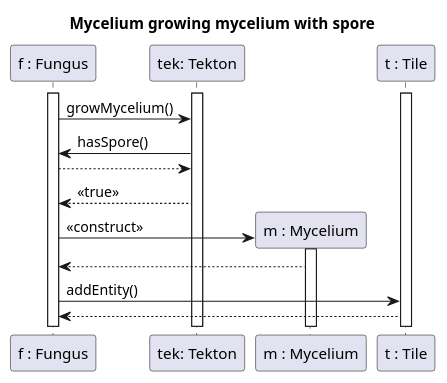
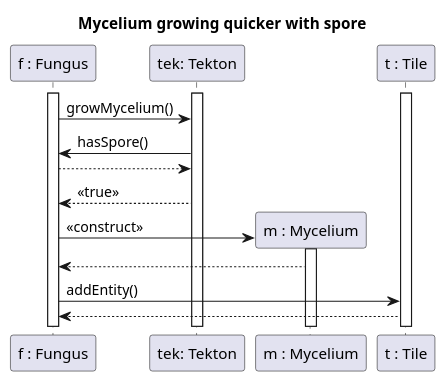
The diagram in diagrams/diagramFiles/SQ_MyceliumGrowthWithSpore.puml (Klastiv/Projlab_nullpointerexception), drawn with PlantUML before and after one commit.

Commit message:
Fixed title

```diff
--- a/diagrams/diagramFiles/SQ_MyceliumGrowthWithSpore.puml
+++ b/diagrams/diagramFiles/SQ_MyceliumGrowthWithSpore.puml
@@ -1,27 +1,27 @@
 @startuml Fungus growth with spore
 
-title Mycelium growing mycelium with spore
+title Mycelium growing quicker with spore
 
 participant "f : Fungus" as F
 participant "tek: Tekton" as Tek
 participant "m : Mycelium" as M
 participant "t : Tile" as T
 
 activate F
 activate T
 activate Tek
 
 
 F->Tek : growMycelium()
 Tek -> F : hasSpore()
 F --> Tek 
 Tek --> F : <<true>>
 F -> M ** : <<construct>>
 activate M
 M --> F
 F -> T : addEntity()
 T-->F
 
 
 
 @enduml
```
